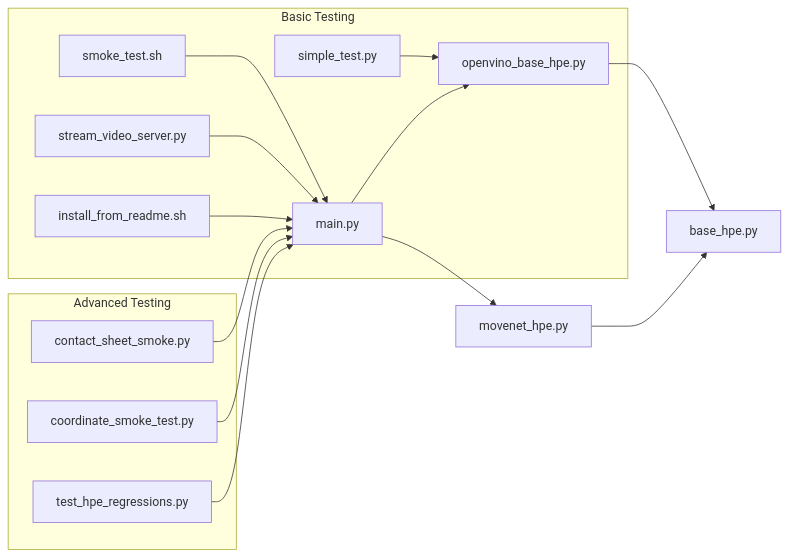
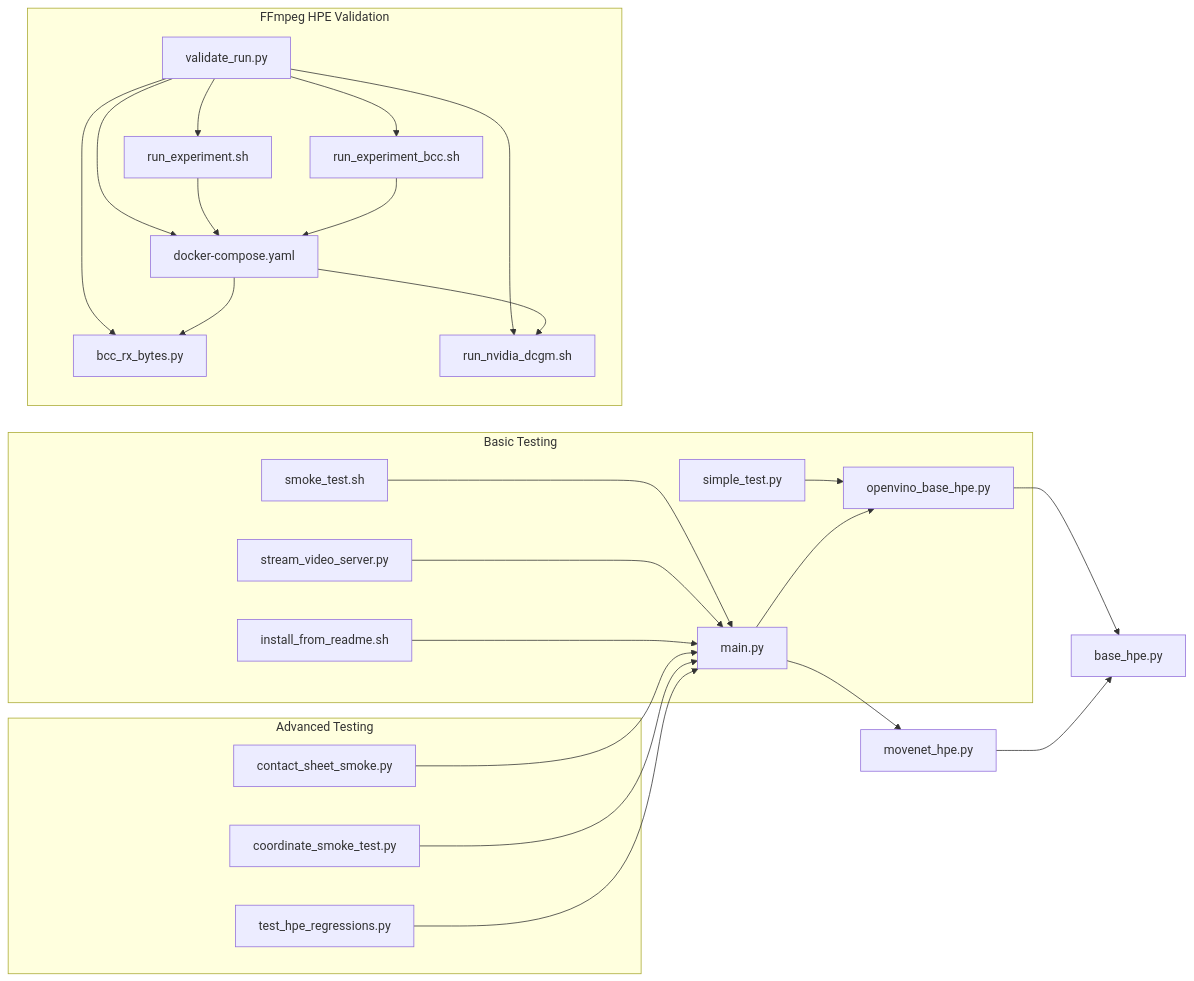
The sixth of 6 diagrams in .qoder/repowiki/en/content/Development Tools/Testing and Validation.md (Fogus-Gr/MeasurementsDTs), drawn with Mermaid before and after one commit. The commit also changed other lines of this file and 11 other files, not shown here.

````diff
--- a/.qoder/repowiki/en/content/Development Tools/Testing and Validation.md
+++ b/.qoder/repowiki/en/content/Development Tools/Testing and Validation.md
@@ -373,18 +549,29 @@
 ```mermaid
 graph LR
 subgraph "Basic Testing"
 ST["smoke_test.sh"] --> MAIN["main.py"]
 SIM["simple_test.py"] --> OVB["openvino_base_hpe.py"]
 SVS["stream_video_server.py"] --> MAIN
 INS["install_from_readme.sh"] --> MAIN
 end
 subgraph "Advanced Testing"
 CSS["contact_sheet_smoke.py"] --> MAIN
 CTS["coordinate_smoke_test.py"] --> MAIN
 RT["test_hpe_regressions.py"] --> MAIN
 end
+subgraph "FFmpeg HPE Validation"
+VR["validate_run.py"] --> RE["run_experiment.sh"]
+VR --> REB["run_experiment_bcc.sh"]
+VR --> DC["docker-compose.yaml"]
+VR --> BT["bcc_rx_bytes.py"]
+VR --> GM["run_nvidia_dcgm.sh"]
+RE --> DC
+REB --> DC
+DC --> BT
+DC --> GM
+end
 MAIN --> OVB
 MAIN --> MN["movenet_hpe.py"]
 OVB --> BASE["base_hpe.py"]
 MN --> BASE
 ```
````
